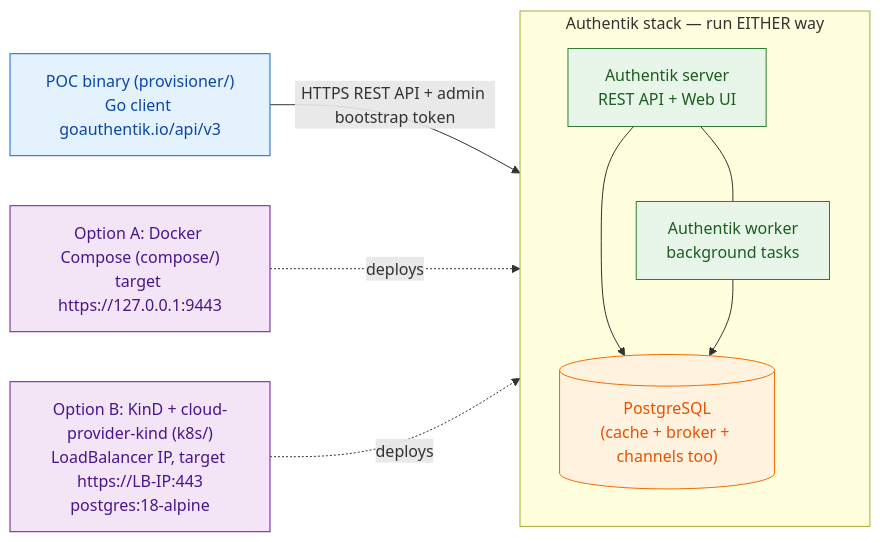
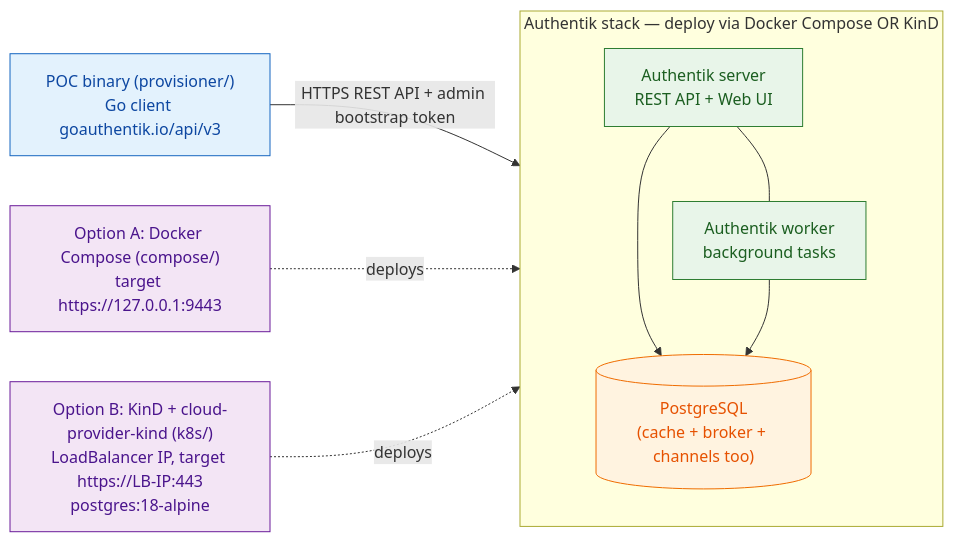
The first of 2 diagrams in README.md (AndriyKalashnykov/authentik-k8s), drawn with Mermaid before and after one commit.

Commit message:
docs: clarify architecture-diagram subgraph label (Docker Compose OR KinD, not 'EITHER way') (#36)

````diff
--- a/README.md
+++ b/README.md
@@ -20,31 +20,31 @@
 ```mermaid
 flowchart LR
     POC["POC binary (provisioner/)<br/>Go client goauthentik.io/api/v3"]
 
-    subgraph AUTHENTIK["Authentik stack — run EITHER way"]
+    subgraph AUTHENTIK["Authentik stack — deploy via Docker Compose OR KinD"]
         direction TB
         SERVER["Authentik server<br/>REST API + Web UI"]
         WORKER["Authentik worker<br/>background tasks"]
         PG[("PostgreSQL<br/>(cache + broker + channels too)")]
         SERVER --- WORKER
         SERVER --> PG
         WORKER --> PG
     end
 
     POC -->|"HTTPS REST API + admin bootstrap token"| SERVER
 
     COMPOSE["Option A: Docker Compose (compose/)<br/>target https://127.0.0.1:9443"]
     KIND["Option B: KinD + cloud-provider-kind (k8s/)<br/>LoadBalancer IP, target https://LB-IP:443<br/>postgres:18-alpine"]
 
     COMPOSE -.deploys.-> AUTHENTIK
     KIND -.deploys.-> AUTHENTIK
 
     classDef poc fill:#e3f2fd,stroke:#1565c0,color:#0d47a1;
     classDef svc fill:#e8f5e9,stroke:#2e7d32,color:#1b5e20;
     classDef data fill:#fff3e0,stroke:#ef6c00,color:#e65100;
     classDef deploy fill:#f3e5f5,stroke:#6a1b9a,color:#4a148c;
     class POC poc;
     class SERVER,WORKER svc;
     class PG data;
     class COMPOSE,KIND deploy;
 ```
````
